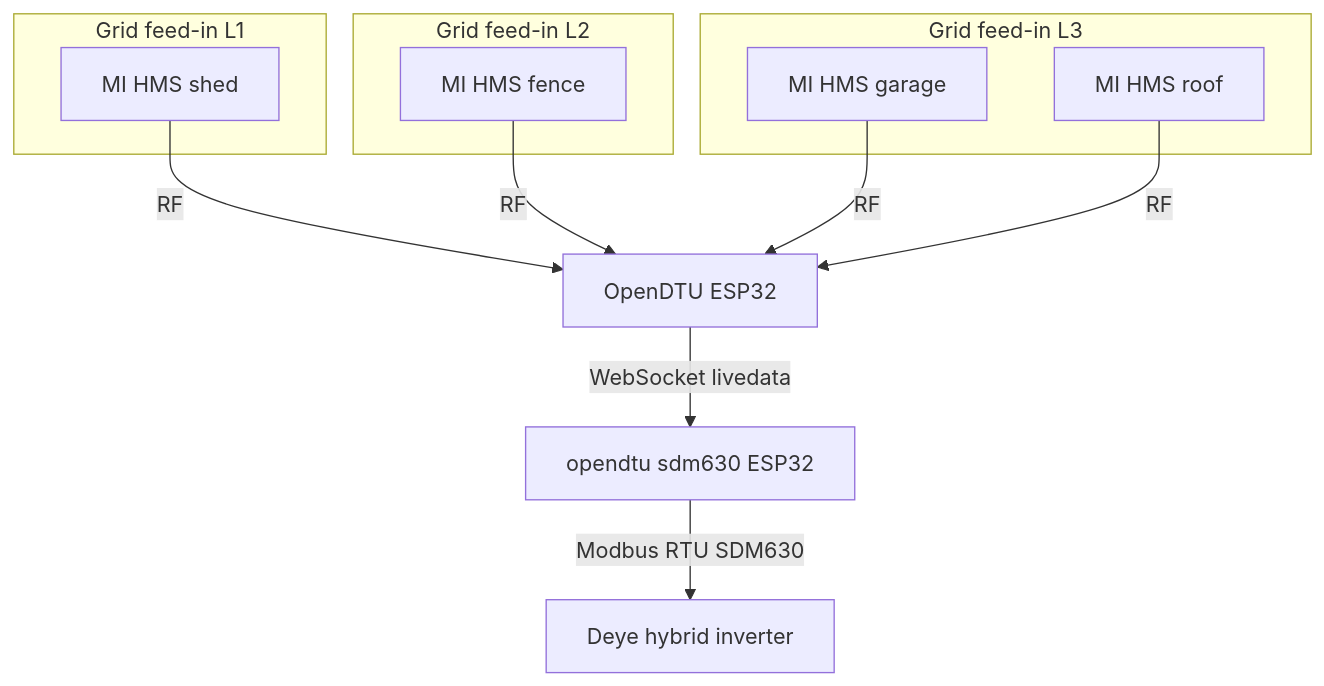
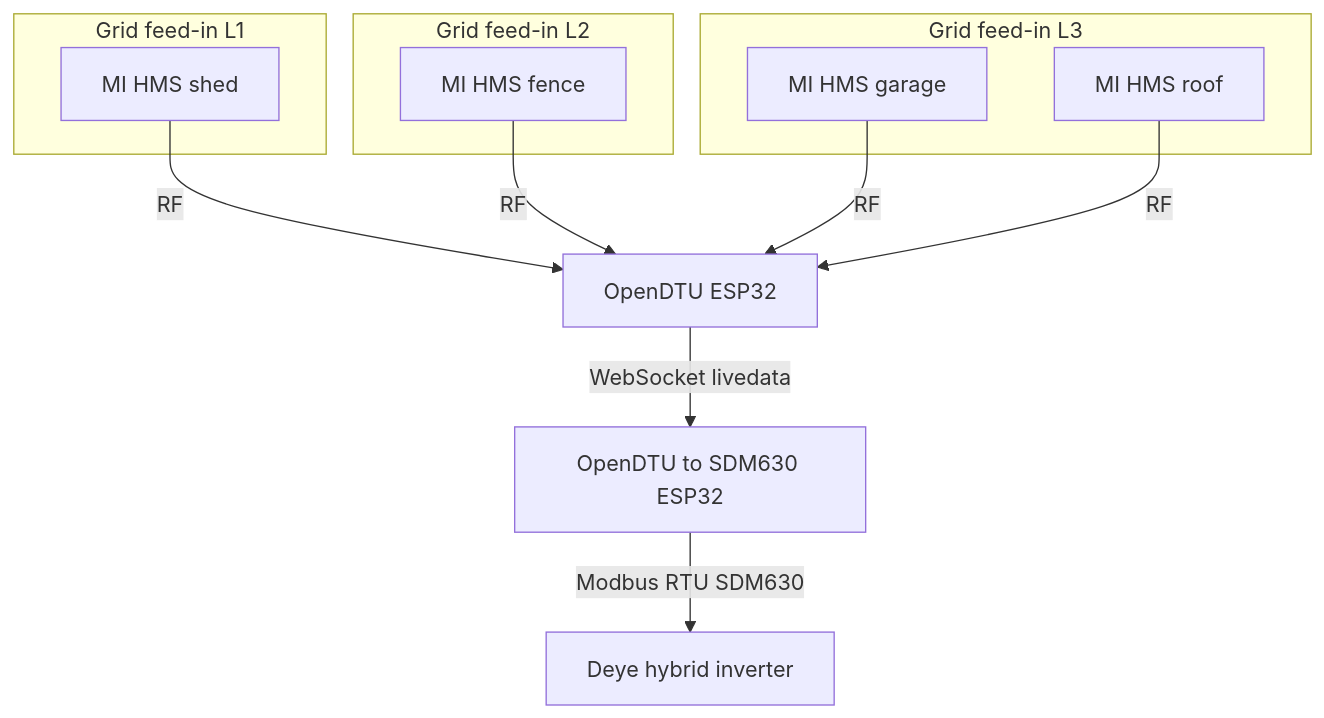
The first of 2 diagrams in README.md (Lewa-Reka/esphome-opendtu-to-sdm630), drawn with Mermaid before and after one commit. The commit also changed other lines of this file, not shown here.

````diff
--- a/README.md
+++ b/README.md
@@ -44,22 +46,22 @@
 ```mermaid
 flowchart TB
   subgraph feed_l1 ["Grid feed-in L1"]
     mi_l1["MI HMS shed"]
   end
   subgraph feed_l2 ["Grid feed-in L2"]
     mi_l2["MI HMS fence"]
   end
   subgraph feed_l3 ["Grid feed-in L3"]
     mi_l3a["MI HMS garage"]
     mi_l3b["MI HMS roof"]
   end
   odtu["OpenDTU ESP32"]
-  bridge["opendtu sdm630 ESP32"]
+  bridge["OpenDTU to SDM630 ESP32"]
   deye["Deye hybrid inverter"]
   mi_l1 -->|RF| odtu
   mi_l2 -->|RF| odtu
   mi_l3a -->|RF| odtu
   mi_l3b -->|RF| odtu
   odtu -->|WebSocket livedata| bridge
   bridge -->|Modbus RTU SDM630| deye
 ```
````
